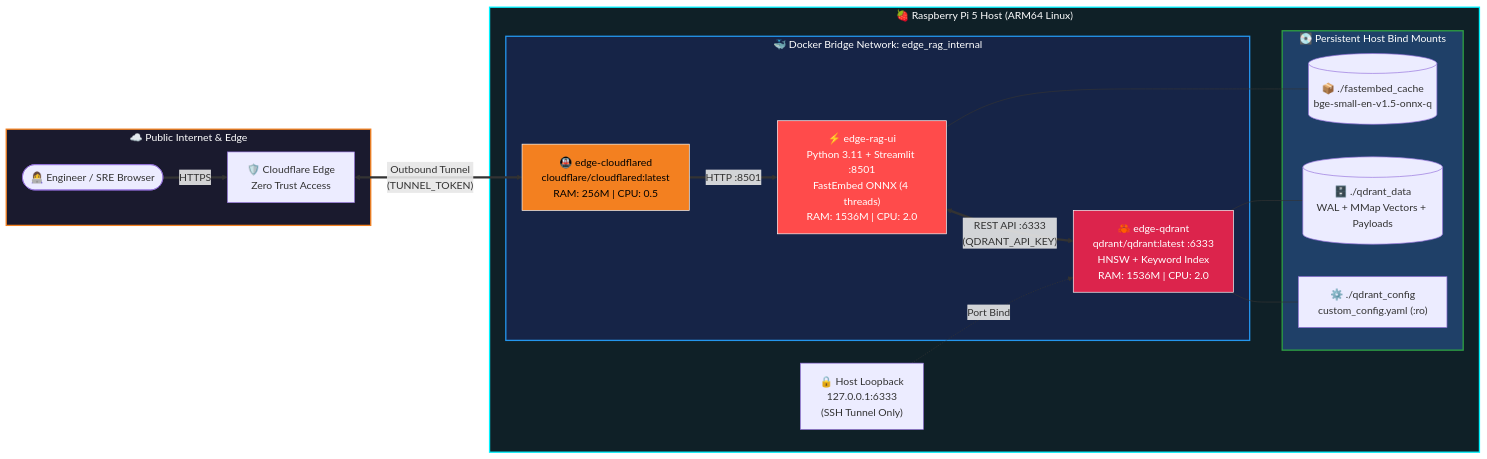
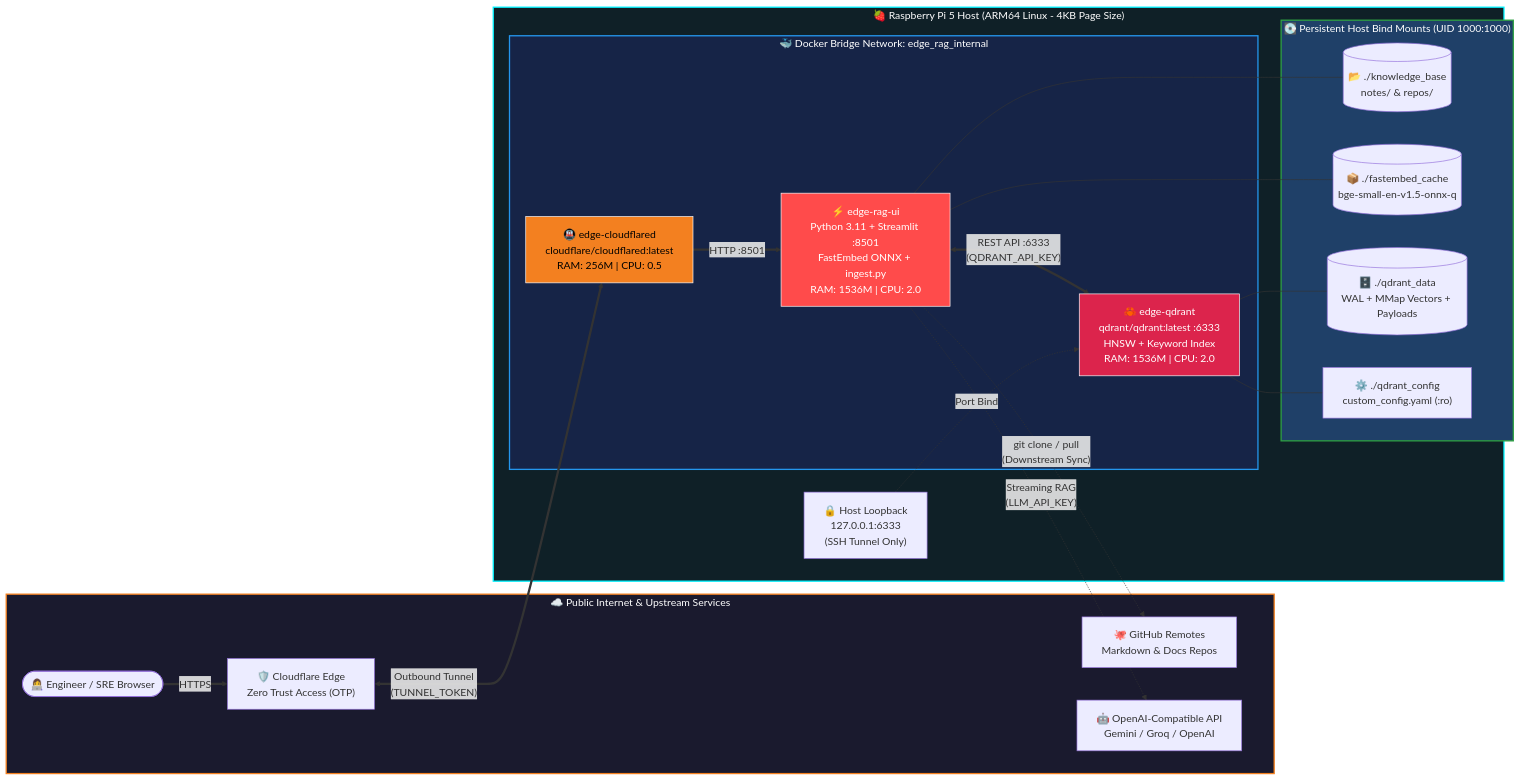
Before and after one commit to t0m-a/Edge-Semantic-Search-RAG-Knowledge-Hub: the first of 2 diagrams in README.md, drawn with Mermaid. The commit also changed other lines of this file and 62 other files, not shown here.

Commit message:
Implemente ingestion engine using content files and/or GitHub sync

````diff
--- a/README.md
+++ b/README.md
@@ -56,40 +61,46 @@
 ```mermaid
 flowchart LR
-    subgraph Internet["☁️ Public Internet & Edge"]
+    subgraph Internet["☁️ Public Internet & Upstream Services"]
         User(["👩‍💻 Engineer / SRE Browser"])
-        CF["🛡️ Cloudflare Edge\nZero Trust Access"]
+        CF["🛡️ Cloudflare Edge\nZero Trust Access (OTP)"]
+        GitHub["🐙 GitHub Remotes\nMarkdown & Docs Repos"]
+        LLM["🤖 OpenAI-Compatible API\nGemini / Groq / OpenAI"]
     end
 
-    subgraph Pi5["🍓 Raspberry Pi 5 Host (ARM64 Linux)"]
+    subgraph Pi5["🍓 Raspberry Pi 5 Host (ARM64 Linux - 4KB Page Size)"]
         Loopback["🔒 Host Loopback\n127.0.0.1:6333\n(SSH Tunnel Only)"]
 
         subgraph Bridge["🐳 Docker Bridge Network: edge_rag_internal"]
             CFD["🚇 edge-cloudflared\ncloudflare/cloudflared:latest\nRAM: 256M | CPU: 0.5"]
-            UI["⚡ edge-rag-ui\nPython 3.11 + Streamlit :8501\nFastEmbed ONNX (4 threads)\nRAM: 1536M | CPU: 2.0"]
+            UI["⚡ edge-rag-ui\nPython 3.11 + Streamlit :8501\nFastEmbed ONNX + ingest.py\nRAM: 1536M | CPU: 2.0"]
             Qdrant["🦀 edge-qdrant\nqdrant/qdrant:latest :6333\nHNSW + Keyword Index\nRAM: 1536M | CPU: 2.0"]
         end
 
-        subgraph Storage["💽 Persistent Host Bind Mounts"]
+        subgraph Storage["💽 Persistent Host Bind Mounts (UID 1000:1000)"]
+            KB[("📂 ./knowledge_base\nnotes/ & repos/")]
             Cache[("📦 ./fastembed_cache\nbge-small-en-v1.5-onnx-q")]
             QData[("🗄️ ./qdrant_data\nWAL + MMap Vectors + Payloads")]
             QCfg["⚙️ ./qdrant_config\ncustom_config.yaml (:ro)"]
         end
     end
 
     User ==>|"HTTPS"| CF
     CF <==>|"Outbound Tunnel\n(TUNNEL_TOKEN)"| CFD
     CFD ==>|"HTTP :8501"| UI
     UI <==>|"REST API :6333\n(QDRANT_API_KEY)"| Qdrant
+    UI -.->|"git clone / pull\n(Downstream Sync)"| GitHub
+    UI -.->|"Streaming RAG\n(LLM_API_KEY)"| LLM
     Loopback -.->|"Port Bind"| Qdrant
+    UI --- KB
     UI --- Cache
     Qdrant --- QData
     Qdrant --- QCfg
 
     style Internet fill:#1a1a2e,stroke:#f38020,stroke-width:2px,color:#fff
     style Pi5 fill:#0f2027,stroke:#00f2fe,stroke-width:2px,color:#fff
     style Bridge fill:#162447,stroke:#2496ed,stroke-width:2px,color:#fff
     style Storage fill:#1f4068,stroke:#2ea043,stroke-width:2px,color:#fff
     style CFD fill:#f38020,stroke:#fff,stroke-width:1px,color:#000
     style UI fill:#ff4b4b,stroke:#fff,stroke-width:1px,color:#fff
     style Qdrant fill:#dc244c,stroke:#fff,stroke-width:1px,color:#fff
 ```
````
